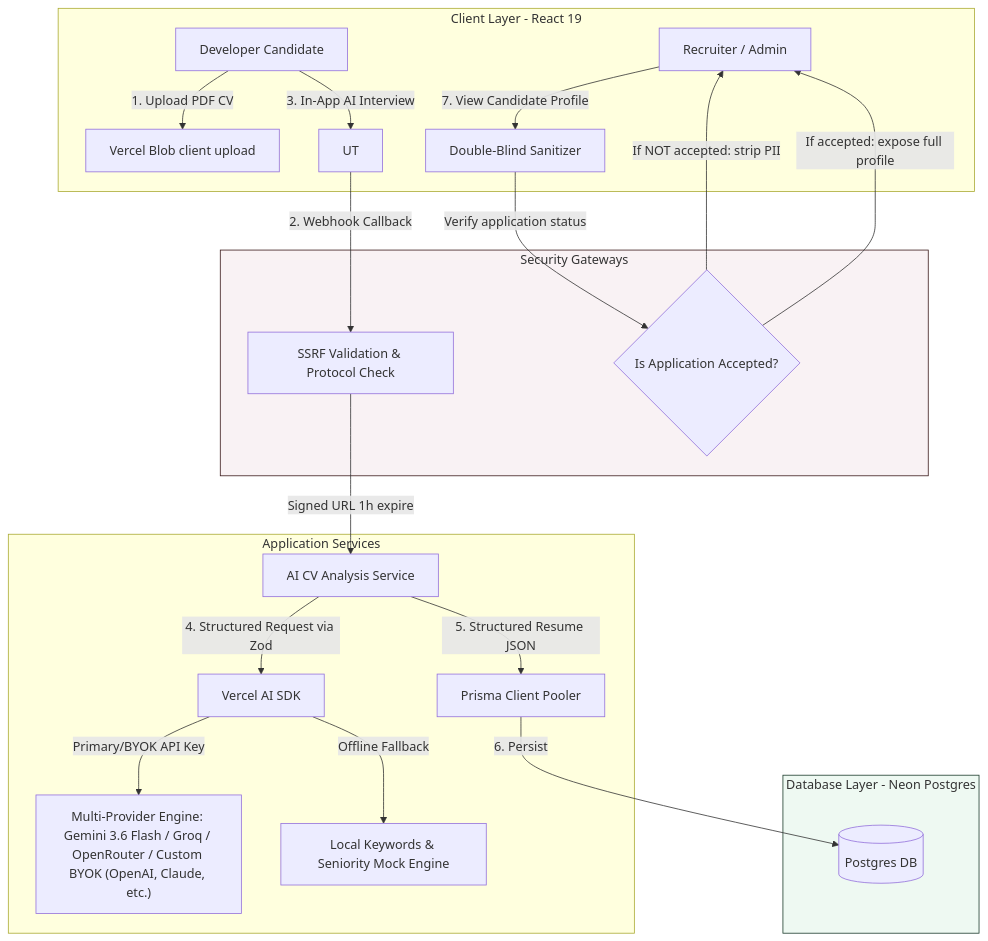
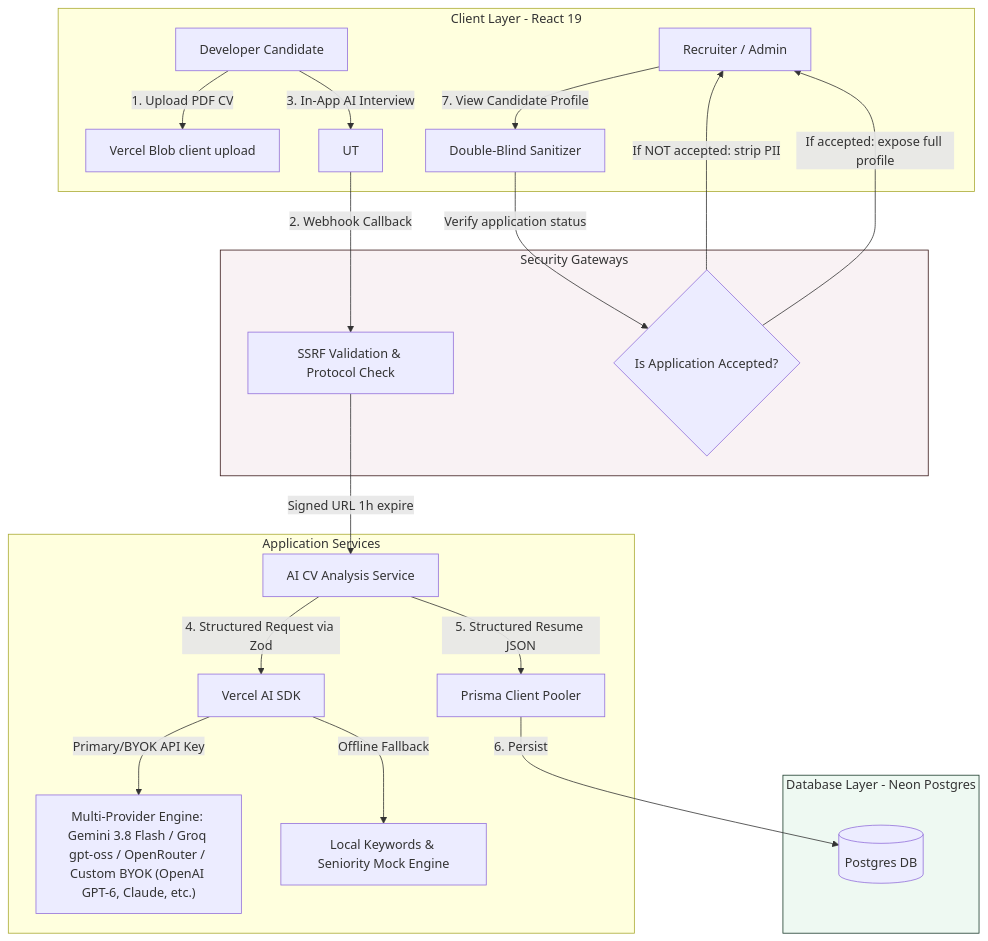
Before and after one commit to eliann313/SkillRadar: the diagram in README.md, drawn with Mermaid. The commit also changed other lines of this file and 1 other file, not shown here.

````diff
--- a/README.md
+++ b/README.md
@@ -22,30 +22,30 @@
 ```mermaid
 graph TD
     subgraph Client [Client Layer - React 19]
         C[Developer Candidate] -->|1. Upload PDF CV| BLOB[Vercel Blob client upload]
         C -->|3. In-App AI Interview| UT
         R[Recruiter / Admin] -->|7. View Candidate Profile| DBV[Double-Blind Sanitizer]
     end
 
     subgraph Security [Security Gateways]
         UT -->|2. Webhook Callback| SSRF[SSRF Validation & Protocol Check]
         DBV -->|Verify application status| DB_Sec{Is Application Accepted?}
     end
 
     subgraph Service [Application Services]
         SSRF -->|Signed URL 1h expire| AI[AI CV Analysis Service]
         AI -->|4. Structured Request via Zod| VSDK[Vercel AI SDK]
-        VSDK -->|Primary/BYOK API Key| LLM["Multi-Provider Engine: Gemini 3.6 Flash / Groq / OpenRouter / Custom BYOK (OpenAI, Claude, etc.)"]
+        VSDK -->|Primary/BYOK API Key| LLM["Multi-Provider Engine: Gemini 3.8 Flash / Groq gpt-oss / OpenRouter / Custom BYOK (OpenAI GPT-6, Claude, etc.)"]
         VSDK -->|Offline Fallback| MOCK[Local Keywords & Seniority Mock Engine]
         AI -->|5. Structured Resume JSON| Prisma[Prisma Client Pooler]
     end
 
     subgraph DB [Database Layer - Neon Postgres]
         Prisma -->|6. Persist| PGDB[(Postgres DB)]
         DB_Sec -->|If NOT accepted: strip PII| R
         DB_Sec -->|If accepted: expose full profile| R
     end
 
     style Security fill:#f9f2f4,stroke:#3a1a1a,stroke-width:1px
     style DB fill:#eef9f2,stroke:#1a3a2a,stroke-width:1px
 ```
````
